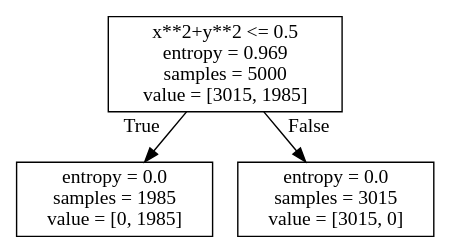
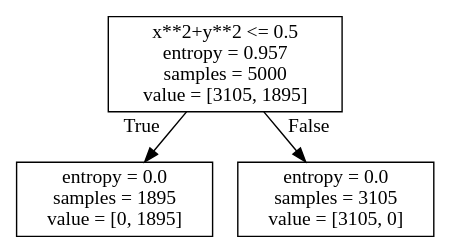
The diagram in Assignment3/T6.dot (AbtahiChowdhury/csc59929-Intro-to-Machine-Learning), drawn with Graphviz before and after one commit. The commit also changed 9 other files, not shown here.

```diff
--- a/Assignment3/T6.dot
+++ b/Assignment3/T6.dot
@@ -1,8 +1,8 @@
 digraph Tree {
 node [shape=box] ;
-0 [label="x**2+y**2 <= 0.5\nentropy = 0.969\nsamples = 5000\nvalue = [3015, 1985]"] ;
-1 [label="entropy = 0.0\nsamples = 1985\nvalue = [0, 1985]"] ;
+0 [label="x**2+y**2 <= 0.5\nentropy = 0.957\nsamples = 5000\nvalue = [3105, 1895]"] ;
+1 [label="entropy = 0.0\nsamples = 1895\nvalue = [0, 1895]"] ;
 0 -> 1 [labeldistance=2.5, labelangle=45, headlabel="True"] ;
-2 [label="entropy = 0.0\nsamples = 3015\nvalue = [3015, 0]"] ;
+2 [label="entropy = 0.0\nsamples = 3105\nvalue = [3105, 0]"] ;
 0 -> 2 [labeldistance=2.5, labelangle=-45, headlabel="False"] ;
 }
```
